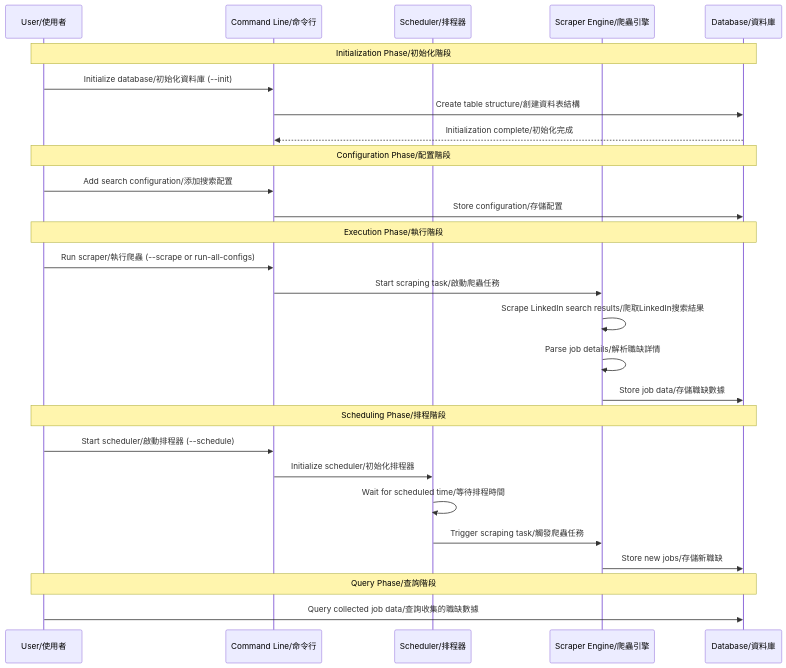
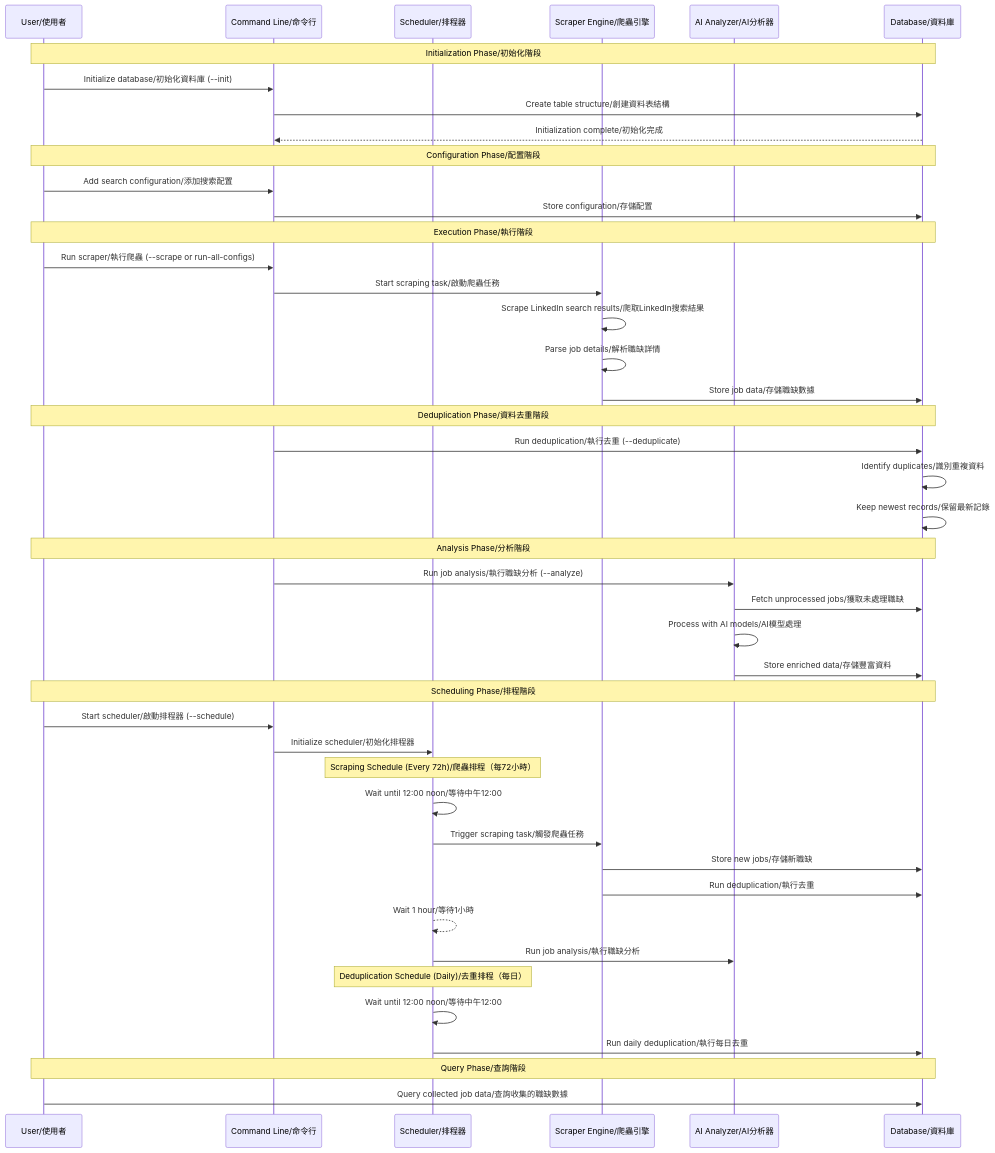
Before and after one commit to R09722akaBennett/Side_Project: the second of 2 diagrams in linkedin_scrape/README.md, drawn with Mermaid. The commit also changed other lines of this file and 29 other files, not shown here.

````diff
--- a/linkedin_scrape/README.md
+++ b/linkedin_scrape/README.md
@@ -235,34 +348,55 @@
 ```mermaid
 sequenceDiagram
     participant U as User/使用者
     participant C as Command Line/命令行
     participant S as Scheduler/排程器
     participant SC as Scraper Engine/爬蟲引擎
+    participant AI as AI Analyzer/AI分析器
     participant DB as Database/資料庫
 
     Note over U,DB: Initialization Phase/初始化階段
     U->>C: Initialize database/初始化資料庫 (--init)
     C->>DB: Create table structure/創建資料表結構
     DB-->>C: Initialization complete/初始化完成
     
     Note over U,DB: Configuration Phase/配置階段
     U->>C: Add search configuration/添加搜索配置
     C->>DB: Store configuration/存儲配置
     
     Note over U,DB: Execution Phase/執行階段
     U->>C: Run scraper/執行爬蟲 (--scrape or run-all-configs)
     C->>SC: Start scraping task/啟動爬蟲任務
     SC->>SC: Scrape LinkedIn search results/爬取LinkedIn搜索結果
     SC->>SC: Parse job details/解析職缺詳情
     SC->>DB: Store job data/存儲職缺數據
     
+    Note over U,DB: Deduplication Phase/資料去重階段
+    C->>DB: Run deduplication/執行去重 (--deduplicate)
+    DB->>DB: Identify duplicates/識別重複資料
+    DB->>DB: Keep newest records/保留最新記錄
+    
+    Note over U,DB: Analysis Phase/分析階段
+    C->>AI: Run job analysis/執行職缺分析 (--analyze)
+    AI->>DB: Fetch unprocessed jobs/獲取未處理職缺
+    AI->>AI: Process with AI models/AI模型處理
+    AI->>DB: Store enriched data/存儲豐富資料
+    
     Note over U,DB: Scheduling Phase/排程階段
     U->>C: Start scheduler/啟動排程器 (--schedule)
     C->>S: Initialize scheduler/初始化排程器
-    S->>S: Wait for scheduled time/等待排程時間
+    
+    Note over S: Scraping Schedule (Every 72h)/爬蟲排程（每72小時）
+    S->>S: Wait until 12:00 noon/等待中午12:00
     S->>SC: Trigger scraping task/觸發爬蟲任務
     SC->>DB: Store new jobs/存儲新職缺
+    SC->>DB: Run deduplication/執行去重
+    S-->>S: Wait 1 hour/等待1小時
+    S->>AI: Run job analysis/執行職缺分析
+    
+    Note over S: Deduplication Schedule (Daily)/去重排程（每日）
+    S->>S: Wait until 12:00 noon/等待中午12:00
+    S->>DB: Run daily deduplication/執行每日去重
     
     Note over U,DB: Query Phase/查詢階段
     U->>DB: Query collected job data/查詢收集的職缺數據
 ```
````
